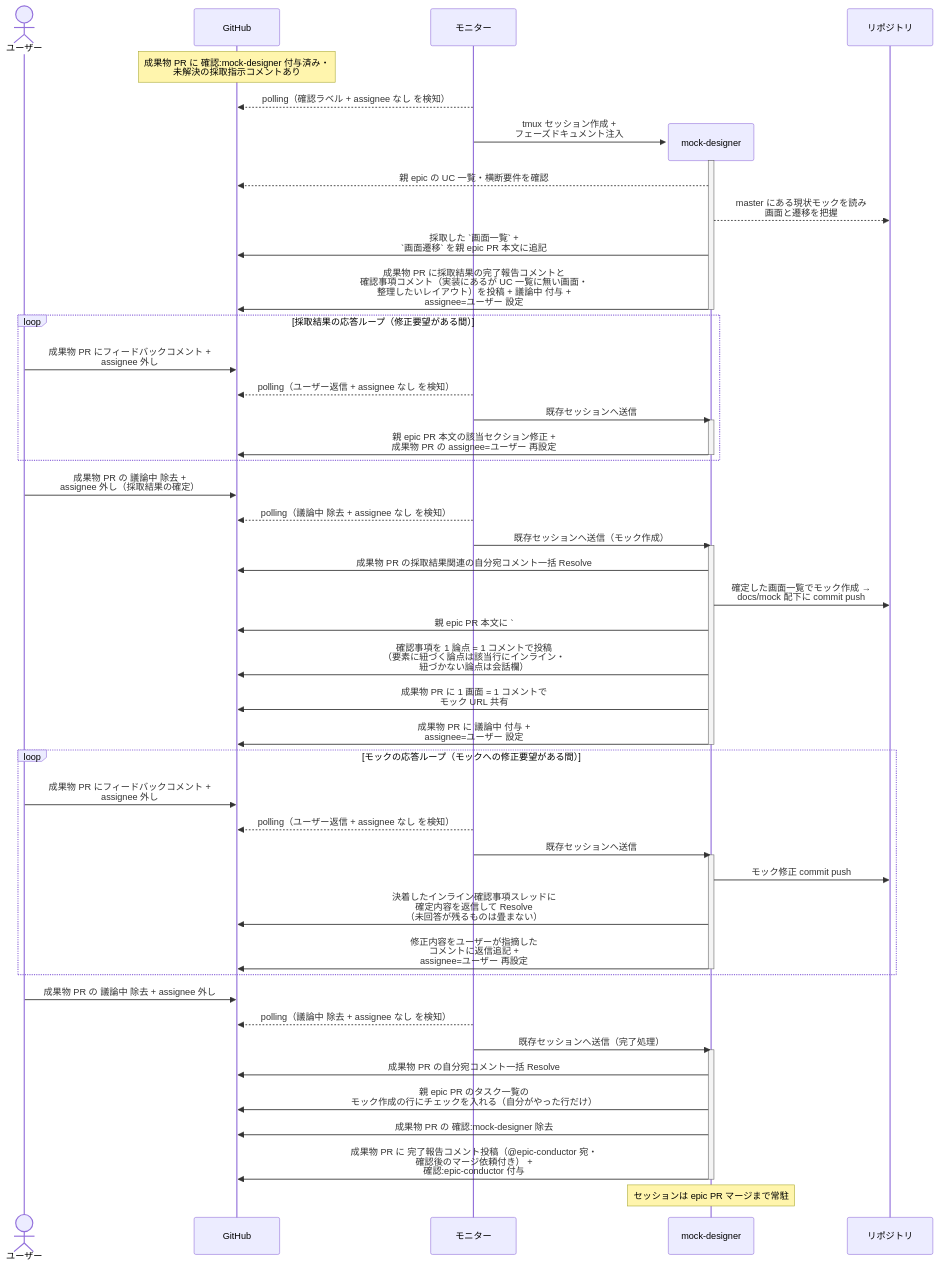
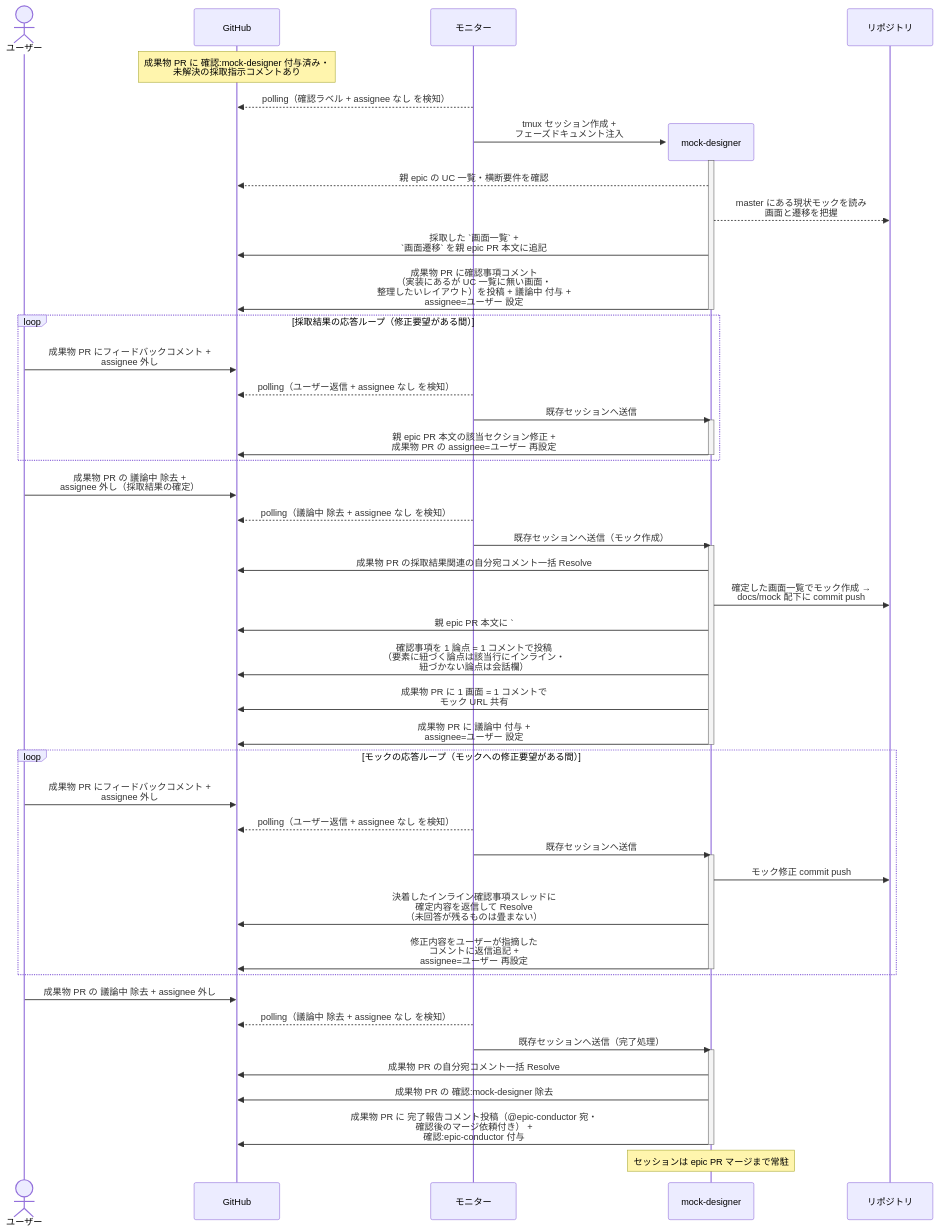
One commit to shuhei1101/ai-monitor changed the second of 2 diagrams in docs/wiki/設計図/シナリオ/単一ユースケース/全体UI設計.md. Above: the diagram before and after it, drawn with Mermaid. The commit also changed other lines of this file and 174 other files, not shown here.

````diff
--- a/docs/wiki/設計図/シナリオ/単一ユースケース/全体UI設計.md
+++ b/docs/wiki/設計図/シナリオ/単一ユースケース/全体UI設計.md
@@ -114,61 +115,60 @@
 ```mermaid
 sequenceDiagram
   actor U as ユーザー
   participant GH as GitHub
   participant ORC as モニター
 
   Note over GH: 成果物 PR に 確認:mock-designer 付与済み・<br>未解決の採取指示コメントあり
   ORC-->>GH: polling（確認ラベル + assignee なし を検知）
   create participant MON as mock-designer
   ORC->>MON: tmux セッション作成 +<br>フェーズドキュメント注入
   participant REPO as リポジトリ
   activate MON
   MON-->>GH: 親 epic の UC 一覧・横断要件を確認
   MON-->>REPO: master にある現状モックを読み<br>画面と遷移を把握
   MON->>GH: 採取した `画面一覧` +<br>`画面遷移` を親 epic PR 本文に追記
-  MON->>GH: 成果物 PR に採取結果の完了報告コメントと<br>確認事項コメント（実装にあるが UC 一覧に無い画面・<br>整理したいレイアウト）を投稿 + 議論中 付与 +<br>assignee=ユーザー 設定
+  MON->>GH: 成果物 PR に確認事項コメント<br>（実装にあるが UC 一覧に無い画面・<br>整理したいレイアウト）を投稿 + 議論中 付与 +<br>assignee=ユーザー 設定
   deactivate MON
 
   loop 採取結果の応答ループ（修正要望がある間）
     U->>GH: 成果物 PR にフィードバックコメント +<br>assignee 外し
     ORC-->>GH: polling（ユーザー返信 + assignee なし を検知）
     ORC->>MON: 既存セッションへ送信
     activate MON
     MON->>GH: 親 epic PR 本文の該当セクション修正 +<br>成果物 PR の assignee=ユーザー 再設定
     deactivate MON
   end
 
   U->>GH: 成果物 PR の 議論中 除去 +<br>assignee 外し（採取結果の確定）
   ORC-->>GH: polling（議論中 除去 + assignee なし を検知）
   ORC->>MON: 既存セッションへ送信（モック作成）
   activate MON
   MON->>GH: 成果物 PR の採取結果関連の自分宛コメント一括 Resolve
   MON->>REPO: 確定した画面一覧でモック作成 →<br>docs/mock 配下に commit push
   MON->>GH: 親 epic PR 本文に `### モック`（画面ごとの URL 一覧）を追記
   MON->>GH: 確認事項を 1 論点 = 1 コメントで投稿<br>（要素に紐づく論点は該当行にインライン・<br>紐づかない論点は会話欄）
   MON->>GH: 成果物 PR に 1 画面 = 1 コメントで<br>モック URL 共有
   MON->>GH: 成果物 PR に 議論中 付与 +<br>assignee=ユーザー 設定
   deactivate MON
 
   loop モックの応答ループ（モックへの修正要望がある間）
     U->>GH: 成果物 PR にフィードバックコメント +<br>assignee 外し
     ORC-->>GH: polling（ユーザー返信 + assignee なし を検知）
     ORC->>MON: 既存セッションへ送信
     activate MON
     MON->>REPO: モック修正 commit push
     MON->>GH: 決着したインライン確認事項スレッドに<br>確定内容を返信して Resolve<br>（未回答が残るものは畳まない）
     MON->>GH: 修正内容をユーザーが指摘した<br>コメントに返信追記 +<br>assignee=ユーザー 再設定
     deactivate MON
   end
 
   U->>GH: 成果物 PR の 議論中 除去 + assignee 外し
   ORC-->>GH: polling（議論中 除去 + assignee なし を検知）
   ORC->>MON: 既存セッションへ送信（完了処理）
   activate MON
   MON->>GH: 成果物 PR の自分宛コメント一括 Resolve
-  MON->>GH: 親 epic PR のタスク一覧の<br>モック作成の行にチェックを入れる（自分がやった行だけ）
   MON->>GH: 成果物 PR の 確認:mock-designer 除去
   MON->>GH: 成果物 PR に 完了報告コメント投稿（@epic-conductor 宛・<br>確認後のマージ依頼付き） +<br>確認:epic-conductor 付与
   deactivate MON
   Note over MON: セッションは epic PR マージまで常駐
 ```
````
